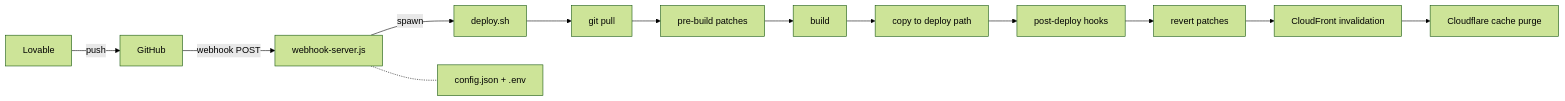
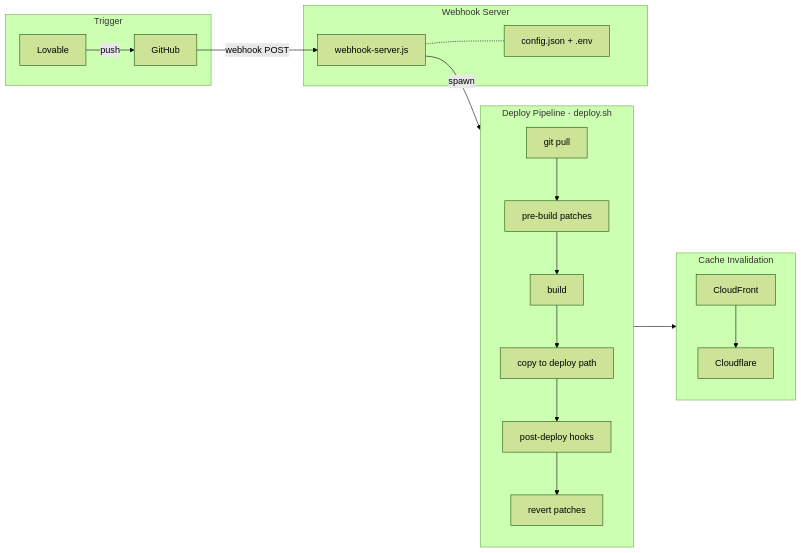
One commit to sharpsir-group/github-watcher changed the diagram in README.md. Above: the diagram before and after it, drawn with Mermaid (forest theme).

Commit message:
Improve Mermaid architecture diagram with subgraphs
Pipeline steps grouped into trigger, webhook server, deploy pipeline,
and cache invalidation subgraphs for clearer visual hierarchy.

Made-with: Cursor

````diff
--- a/README.md
+++ b/README.md
@@ -70,15 +70,30 @@
 ```mermaid
-graph LR
-    A[Lovable] -->|push| B[GitHub]
-    B -->|webhook POST| C[webhook-server.js]
-    C -->|spawn| D[deploy.sh]
-    C -.- E["config.json + .env"]
-    D --> F[git pull]
-    F --> G[pre-build patches]
-    G --> H[build]
-    H --> I[copy to deploy path]
-    I --> J[post-deploy hooks]
-    J --> K[revert patches]
-    K --> L[CloudFront invalidation]
-    L --> M[Cloudflare cache purge]
+flowchart LR
+    subgraph trigger ["Trigger"]
+        L[Lovable] -->|push| GH[GitHub]
+    end
+
+    subgraph server ["Webhook Server"]
+        WH[webhook-server.js]
+        CFG["config.json + .env"]
+        WH -.- CFG
+    end
+
+    subgraph pipeline ["Deploy Pipeline · deploy.sh"]
+        direction TB
+        P[git pull] --> PA[pre-build patches]
+        PA --> BU[build]
+        BU --> CP[copy to deploy path]
+        CP --> PD[post-deploy hooks]
+        PD --> RV[revert patches]
+    end
+
+    subgraph cache ["Cache Invalidation"]
+        direction TB
+        CFI[CloudFront] --> CFC[Cloudflare]
+    end
+
+    GH -->|webhook POST| WH
+    WH -->|spawn| P
+    RV --> CFI
 ```
````
